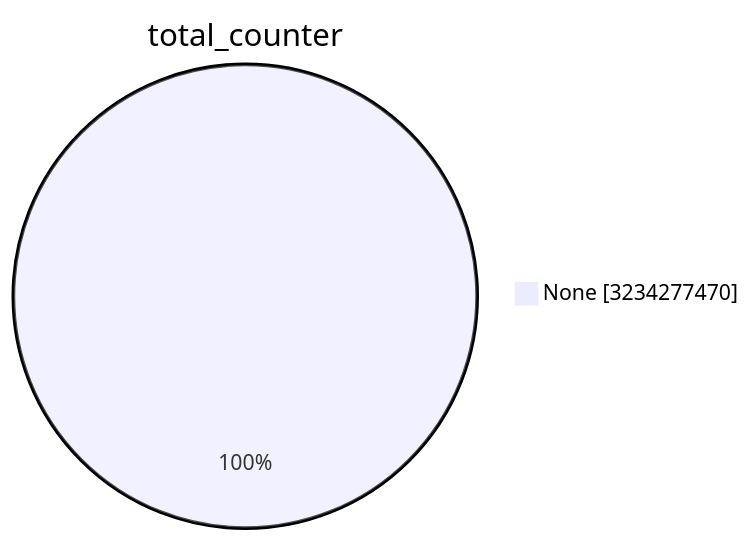
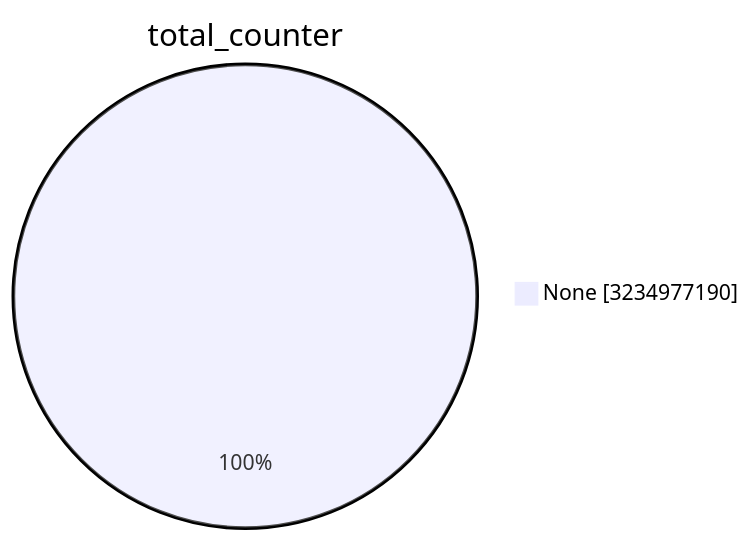
One commit to christiankrug/ctmonitor_visualization changed the first of 15 diagrams in TOTAL/README.md. Above: the diagram before and after it, drawn with Mermaid. The commit also changed other lines of this file, not shown here.

````diff
--- a/TOTAL/README.md
+++ b/TOTAL/README.md
@@ -1,5 +1,5 @@
 ```mermaid
 pie showData
 title total_counter
-"None" :3234277470
+"None" :3234977190
 ```
````
